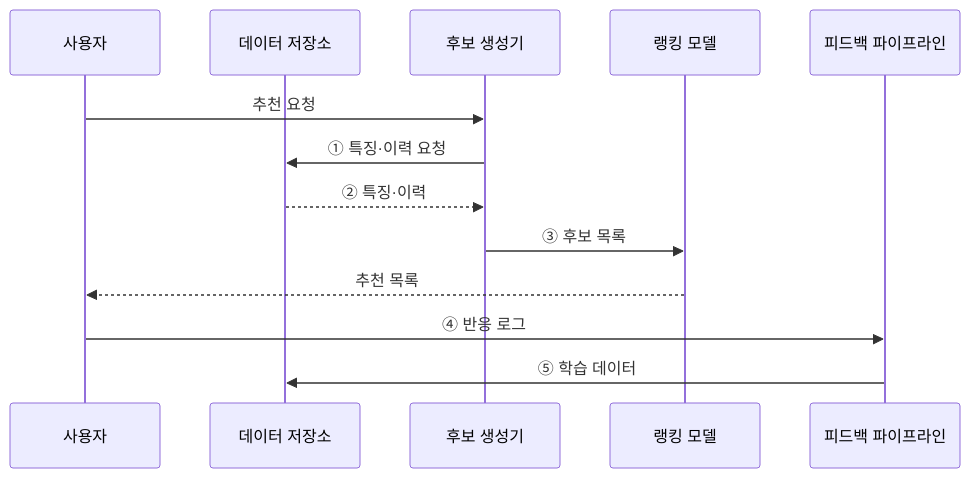
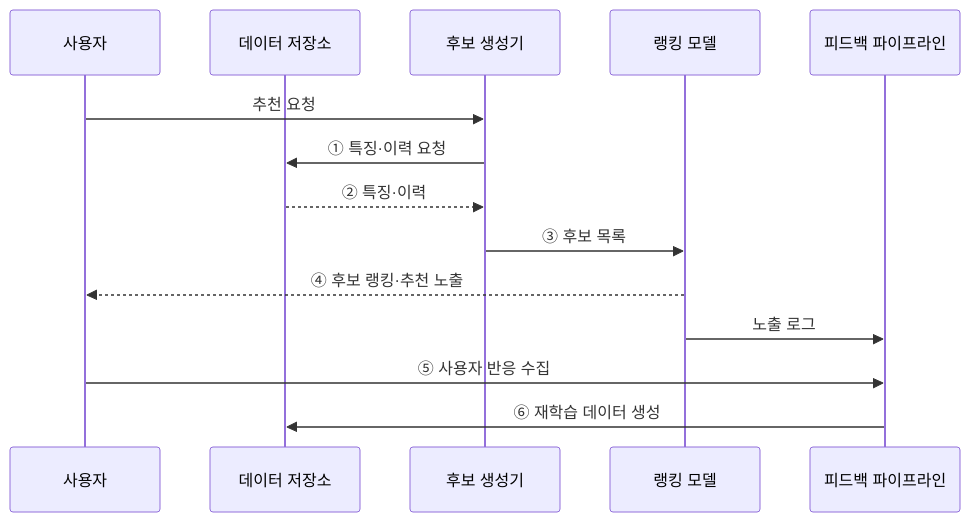
Before and after one commit to agnusdei1207/knowledge-base: the second of 2 diagrams in src/content/docs/notes/01-basic-theory/054_recommendation_system.md, drawn with Mermaid. The commit also changed other lines of this file and 19 other files, not shown here.

````diff
--- a/src/content/docs/notes/01-basic-theory/054_recommendation_system.md
+++ b/src/content/docs/notes/01-basic-theory/054_recommendation_system.md
@@ -80,15 +81,16 @@
 ```mermaid
 sequenceDiagram
     participant U as 사용자
     participant D as 데이터 저장소
     participant C as 후보 생성기
     participant R as 랭킹 모델
     participant P as 피드백 파이프라인
     U->>C: 추천 요청
     C->>D: ① 특징·이력 요청
     D-->>C: ② 특징·이력
     C->>R: ③ 후보 목록
-    R-->>U: 추천 목록
-    U->>P: ④ 반응 로그
-    P->>D: ⑤ 학습 데이터
+    R-->>U: ④ 후보 랭킹·추천 노출
+    R->>P: 노출 로그
+    U->>P: ⑤ 사용자 반응 수집
+    P->>D: ⑥ 재학습 데이터 생성
 ```
````
